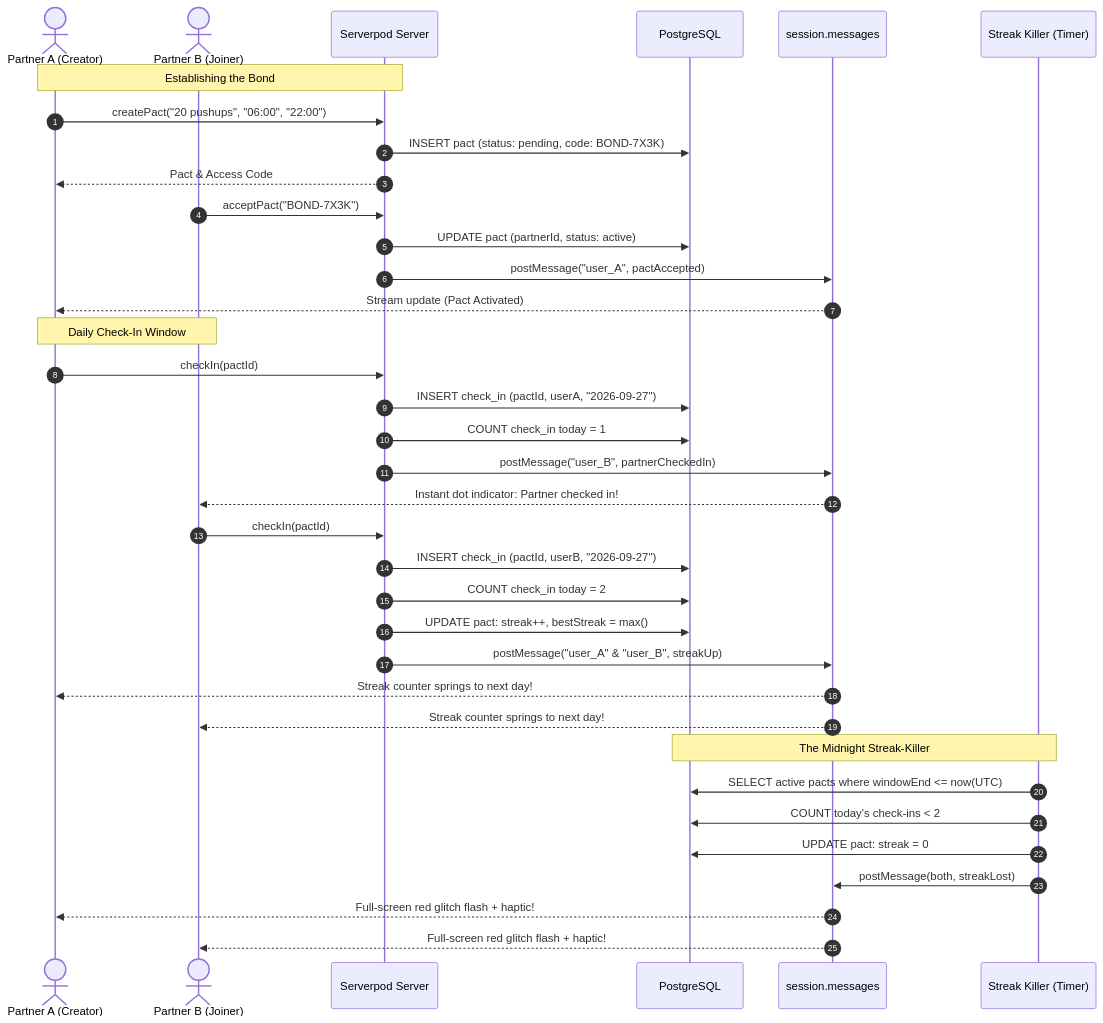
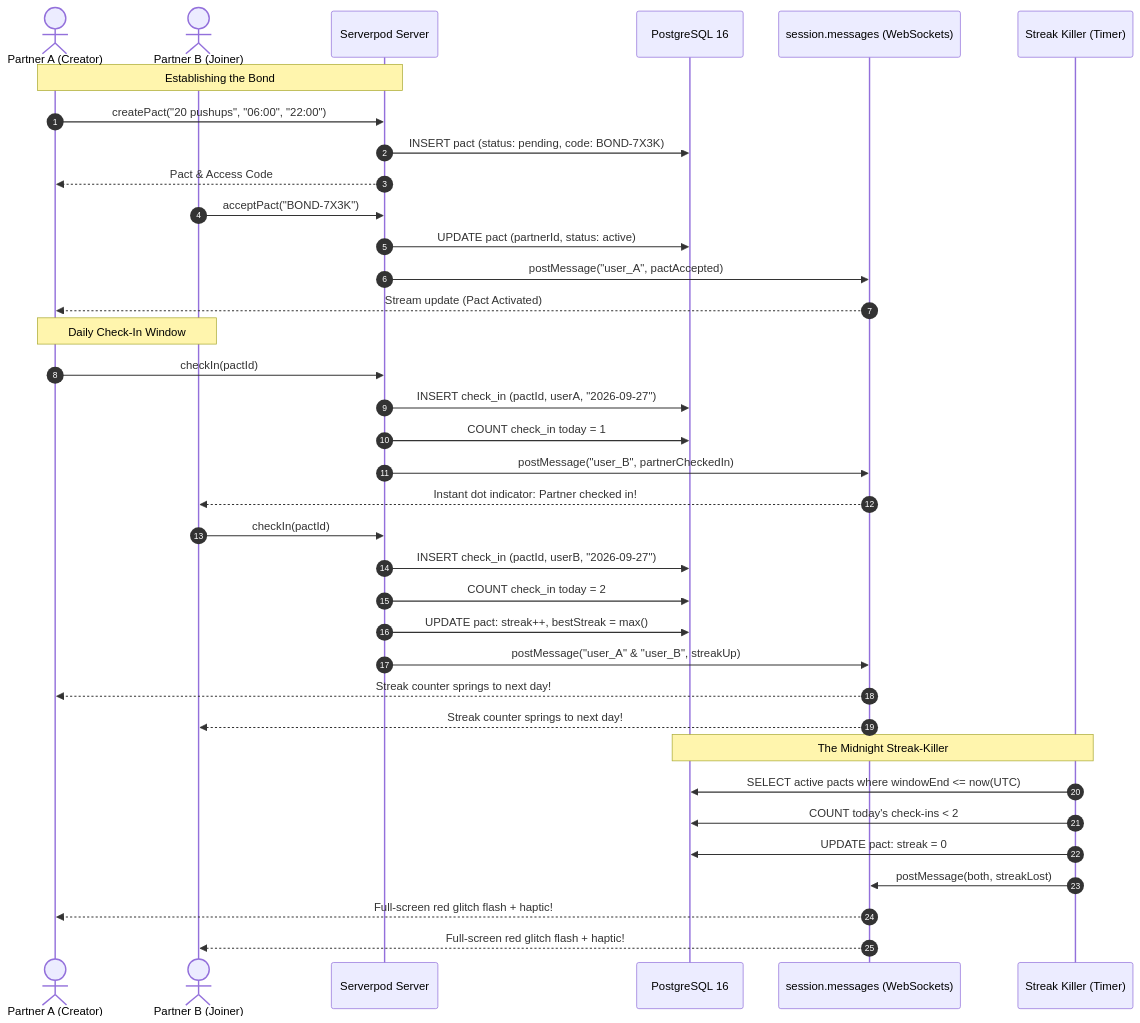
Before and after one commit to BOTPranav-01/StreakBond: the first of 2 diagrams in README.md, drawn with Mermaid. The commit also changed other lines of this file and 1 other file, not shown here.

Commit message:
docs: add MIT LICENSE and upgrade README with judging criteria alignment and ER diagram

````diff
--- a/README.md
+++ b/README.md
@@ -45,42 +53,42 @@
 ```mermaid
 sequenceDiagram
     autonumber
     actor UserA as Partner A (Creator)
     actor UserB as Partner B (Joiner)
     participant Server as Serverpod Server
-    participant DB as PostgreSQL
-    participant PubSub as session.messages
+    participant DB as PostgreSQL 16
+    participant PubSub as session.messages (WebSockets)
     participant Killer as Streak Killer (Timer)
 
     Note over UserA, Server: Establishing the Bond
     UserA->>Server: createPact("20 pushups", "06:00", "22:00")
     Server->>DB: INSERT pact (status: pending, code: BOND-7X3K)
     Server-->>UserA: Pact & Access Code
     UserB->>Server: acceptPact("BOND-7X3K")
     Server->>DB: UPDATE pact (partnerId, status: active)
     Server->>PubSub: postMessage("user_A", pactAccepted)
     PubSub-->>UserA: Stream update (Pact Activated)
 
     Note over UserA, UserB: Daily Check-In Window
     UserA->>Server: checkIn(pactId)
     Server->>DB: INSERT check_in (pactId, userA, "2026-09-27")
     Server->>DB: COUNT check_in today = 1
     Server->>PubSub: postMessage("user_B", partnerCheckedIn)
     PubSub-->>UserB: Instant dot indicator: Partner checked in!
 
     UserB->>Server: checkIn(pactId)
     Server->>DB: INSERT check_in (pactId, userB, "2026-09-27")
     Server->>DB: COUNT check_in today = 2
     Server->>DB: UPDATE pact: streak++, bestStreak = max()
     Server->>PubSub: postMessage("user_A" & "user_B", streakUp)
     PubSub-->>UserA: Streak counter springs to next day!
     PubSub-->>UserB: Streak counter springs to next day!
 
     Note over Killer, DB: The Midnight Streak-Killer
     Killer->>DB: SELECT active pacts where windowEnd <= now(UTC)
     Killer->>DB: COUNT today's check-ins < 2
     Killer->>DB: UPDATE pact: streak = 0
     Killer->>PubSub: postMessage(both, streakLost)
     PubSub-->>UserA: Full-screen red glitch flash + haptic!
     PubSub-->>UserB: Full-screen red glitch flash + haptic!
 ```
````
